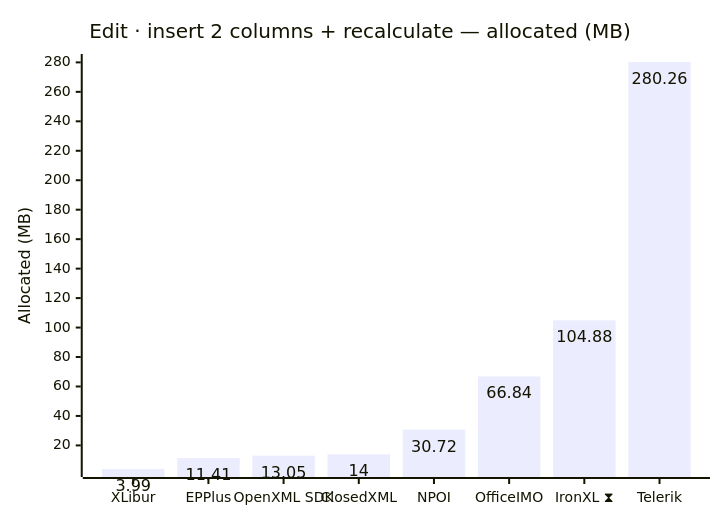
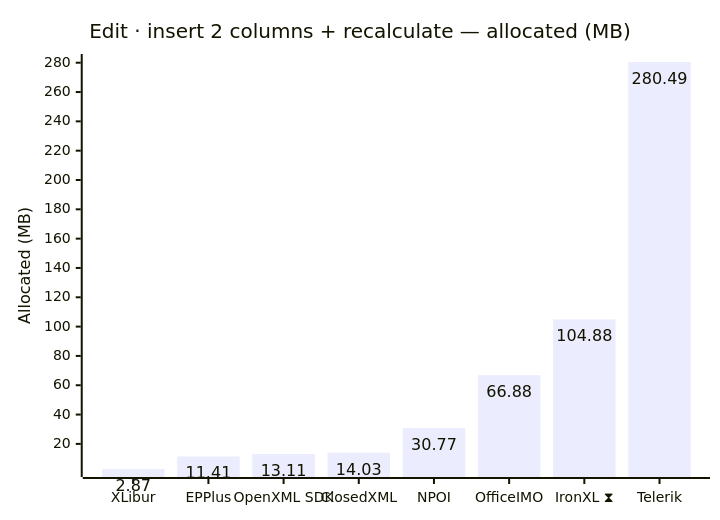
One commit to jafin/XLBench changed diagram 12 of 12 in docs/results.md. Above: the diagram before and after it, drawn with Mermaid. The commit also changed other lines of this file and 4 other files, not shown here.

````diff
--- a/docs/results.md
+++ b/docs/results.md
@@ -185,12 +185,12 @@
 ```mermaid
 ---
 config:
   xyChart:
     showDataLabel: true
 ---
 xychart-beta
     title "Edit · insert 2 columns + recalculate — allocated (MB)"
     x-axis ["XLibur", "EPPlus", "OpenXML SDK", "ClosedXML", "NPOI", "OfficeIMO", "IronXL ⧗", "Telerik"]
     y-axis "Allocated (MB)"
-    bar [3.99, 11.41, 13.05, 14, 30.72, 66.84, 104.88, 280.26]
+    bar [2.87, 11.41, 13.11, 14.03, 30.77, 66.88, 104.88, 280.49]
 ```
````
